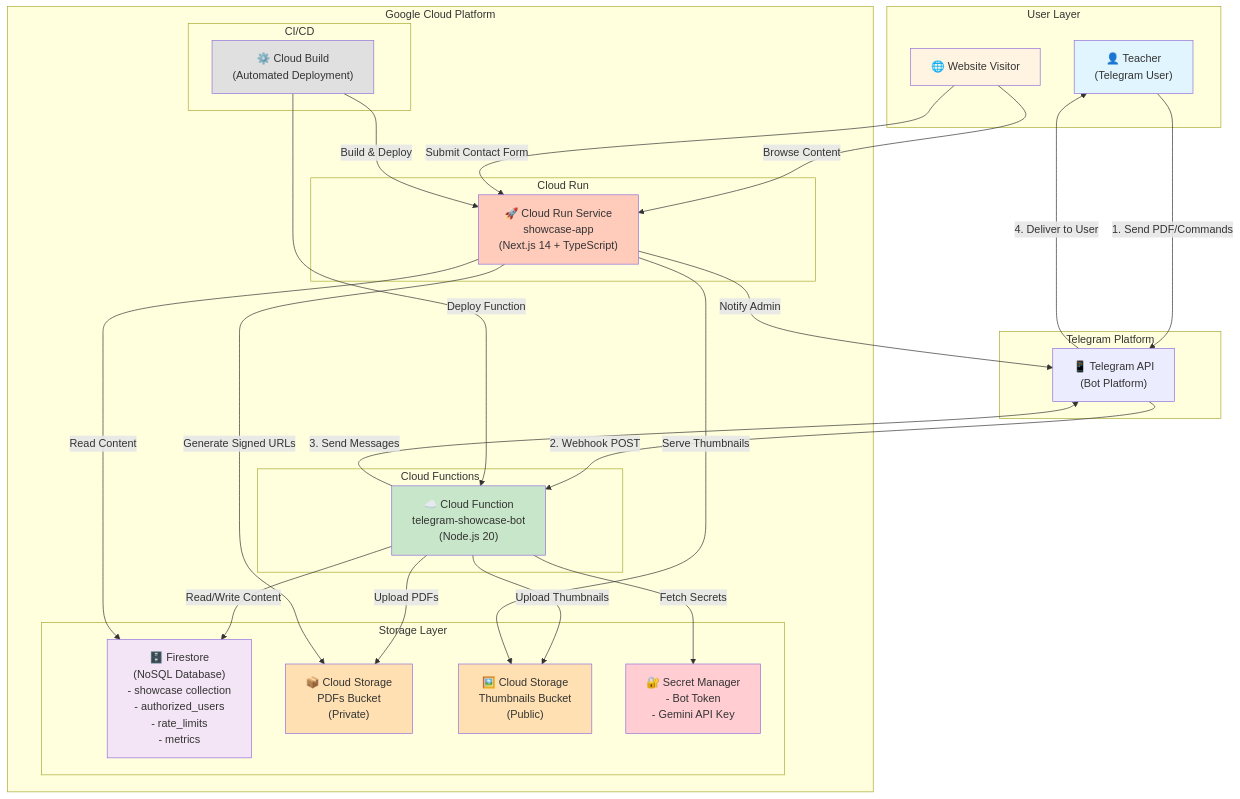
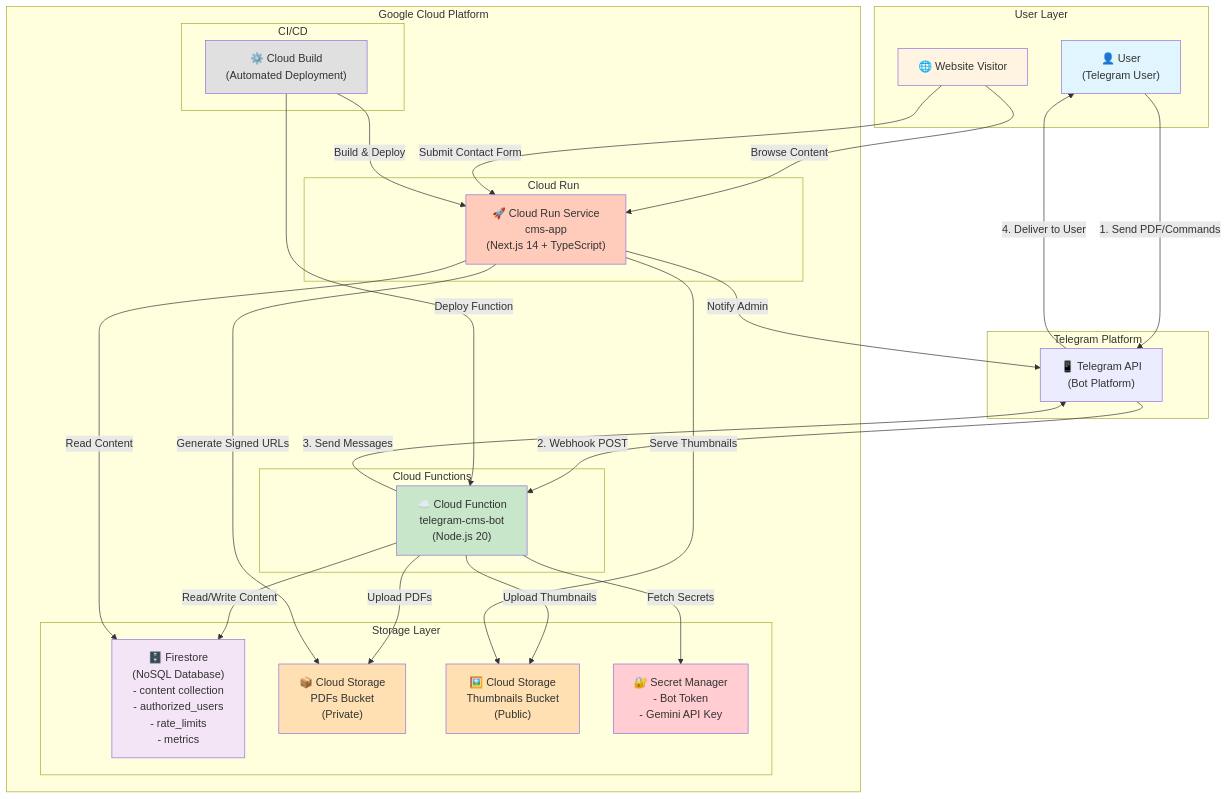
One commit to harryneopotter/teacher-website-public changed the first of 4 diagrams in ARCHITECTURE.md. Above: the diagram before and after it, drawn with Mermaid. The commit also changed other lines of this file and 3 other files, not shown here.

First line of the commit message:
Docs: Rebrand project to Telegram CMS Website

````diff
--- a/ARCHITECTURE.md
+++ b/ARCHITECTURE.md
@@ -33,68 +33,68 @@
 ```mermaid
 flowchart TB
     subgraph "User Layer"
-        Teacher["👤 Teacher<br/>(Telegram User)"]
+        User["👤 User<br/>(Telegram User)"]
         Visitor["🌐 Website Visitor"]
     end
 
     subgraph "Telegram Platform"
         TelegramAPI["📱 Telegram API<br/>(Bot Platform)"]
     end
 
     subgraph "Google Cloud Platform"
         subgraph "Cloud Functions"
-            BotFunction["☁️ Cloud Function<br/>telegram-showcase-bot<br/>(Node.js 20)"]
+            BotFunction["☁️ Cloud Function<br/>telegram-cms-bot<br/>(Node.js 20)"]
         end
 
         subgraph "Cloud Run"
-            NextJSApp["🚀 Cloud Run Service<br/>showcase-app<br/>(Next.js 14 + TypeScript)"]
+            NextJSApp["🚀 Cloud Run Service<br/>cms-app<br/>(Next.js 14 + TypeScript)"]
         end
 
         subgraph "Storage Layer"
-            Firestore["🗄️ Firestore<br/>(NoSQL Database)<br/>- showcase collection<br/>- authorized_users<br/>- rate_limits<br/>- metrics"]
+            Firestore["🗄️ Firestore<br/>(NoSQL Database)<br/>- content collection<br/>- authorized_users<br/>- rate_limits<br/>- metrics"]
             PDFBucket["📦 Cloud Storage<br/>PDFs Bucket<br/>(Private)"]
             ThumbnailBucket["🖼️ Cloud Storage<br/>Thumbnails Bucket<br/>(Public)"]
             SecretManager["🔐 Secret Manager<br/>- Bot Token<br/>- Gemini API Key"]
         end
 
         subgraph "CI/CD"
             CloudBuild["⚙️ Cloud Build<br/>(Automated Deployment)"]
         end
     end
 
     %% User Interactions
-    Teacher -->|"1. Send PDF/Commands"| TelegramAPI
+    User -->|"1. Send PDF/Commands"| TelegramAPI
     Visitor -->|"Browse Content"| NextJSApp
     Visitor -->|"Submit Contact Form"| NextJSApp
 
     %% Telegram Integration
     TelegramAPI -->|"2. Webhook POST"| BotFunction
     BotFunction -->|"3. Send Messages"| TelegramAPI
-    TelegramAPI -->|"4. Deliver to User"| Teacher
+    TelegramAPI -->|"4. Deliver to User"| User
 
     %% Bot Data Flow
     BotFunction -->|"Read/Write Content"| Firestore
     BotFunction -->|"Upload PDFs"| PDFBucket
     BotFunction -->|"Upload Thumbnails"| ThumbnailBucket
     BotFunction -->|"Fetch Secrets"| SecretManager
 
     %% Website Data Flow
     NextJSApp -->|"Read Content"| Firestore
     NextJSApp -->|"Serve Thumbnails"| ThumbnailBucket
     NextJSApp -->|"Generate Signed URLs"| PDFBucket
     NextJSApp -->|"Notify Admin"| TelegramAPI
 
     %% Deployment Flow
     CloudBuild -->|"Build & Deploy"| NextJSApp
     CloudBuild -->|"Deploy Function"| BotFunction
 
-    style Teacher fill:#e1f5ff
+    style User fill:#e1f5ff
     style Visitor fill:#fff4e1
     style BotFunction fill:#c8e6c9
     style NextJSApp fill:#ffccbc
     style Firestore fill:#f3e5f5
     style PDFBucket fill:#ffe0b2
     style ThumbnailBucket fill:#ffe0b2
     style SecretManager fill:#ffcdd2
     style CloudBuild fill:#e0e0e0
 ```
````
